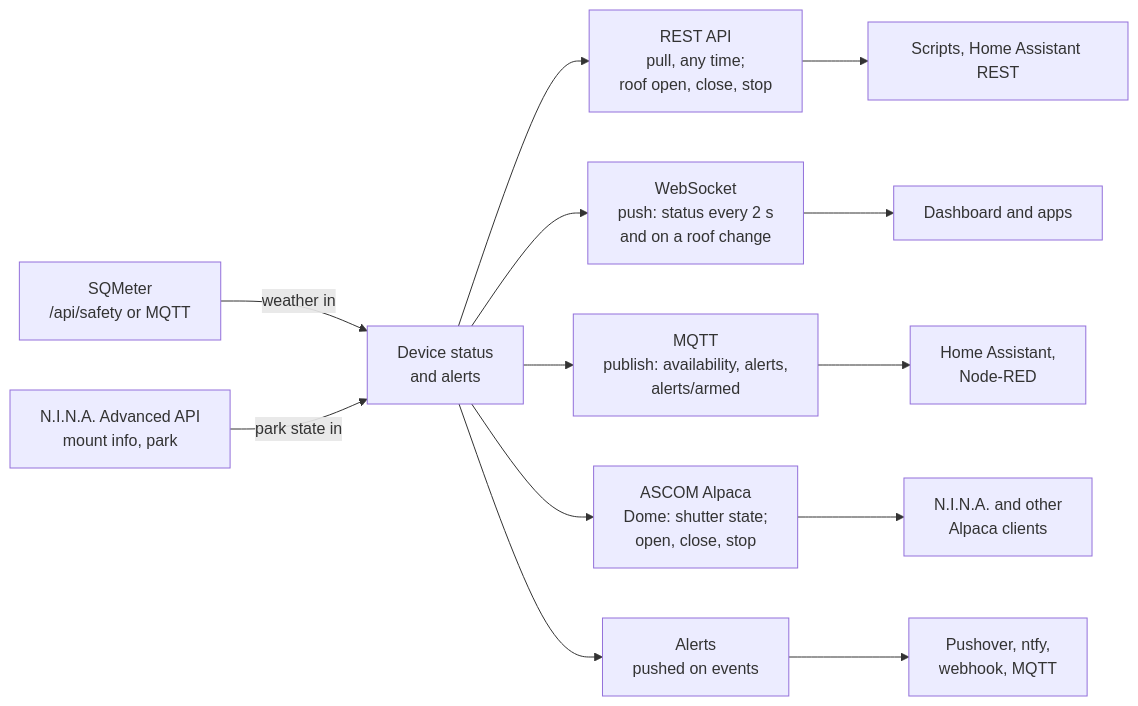
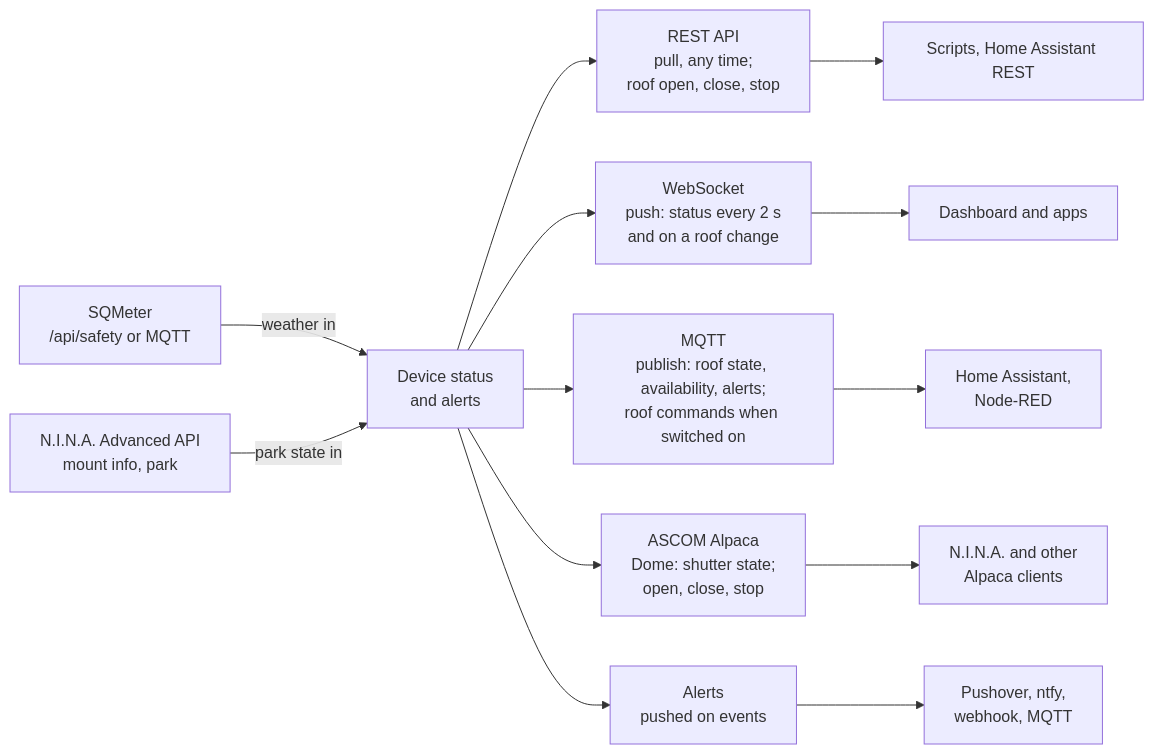
The diagram in docs/api/integrations.md (DeanJ87/RoofRoof), drawn with Mermaid before and after one commit. The commit also changed other lines of this file and 26 other files, not shown here.

Commit message:
008: docs, registries, schemas, OpenAPI, flash baseline after the rebase onto 010

````diff
--- a/docs/api/integrations.md
+++ b/docs/api/integrations.md
@@ -18,18 +18,18 @@
 ```mermaid
 flowchart LR
     accTitle: Integration paths
-    accDescr: The device status feeds four paths. REST is pulled by scripts and can command the roof; WebSocket pushes the status live to the dashboard and apps; MQTT publishes availability and alerts to a broker for Home Assistant; Alpaca serves the roof as a Dome that N.I.N.A. and other clients can open, close and stop; alerts are pushed to phones and services. Inbound, the device reads SQMeter's weather verdict and N.I.N.A.'s mount state.
+    accDescr: The device status feeds four paths. REST is pulled by scripts and can command the roof; WebSocket pushes the status live to the dashboard and apps; MQTT publishes the roof's state, availability and alerts to a broker for Home Assistant and, when switched on, takes its open, close and stop commands; Alpaca serves the roof as a Dome that N.I.N.A. and other clients can open, close and stop; alerts are pushed to phones and services. Inbound, the device reads SQMeter's weather verdict and N.I.N.A.'s mount state.
     DATA["Device status<br/>and alerts"]
     DATA --> REST["REST API<br/>pull, any time;<br/>roof open, close, stop"]
     DATA --> WS["WebSocket<br/>push: status every 2 s<br/>and on a roof change"]
-    DATA --> MQTT["MQTT<br/>publish: availability, alerts,<br/>alerts/armed"]
+    DATA --> MQTT["MQTT<br/>publish: roof state, availability, alerts;<br/>roof commands when switched on"]
     DATA --> ALPACA["ASCOM Alpaca<br/>Dome: shutter state;<br/>open, close, stop"]
     DATA --> ALERTS["Alerts<br/>pushed on events"]
     REST --> SCRIPTS["Scripts, Home Assistant REST"]
     WS --> UI["Dashboard and apps"]
     MQTT --> HA["Home Assistant,<br/>Node-RED"]
     ALPACA --> NINA["N.I.N.A. and other<br/>Alpaca clients"]
     ALERTS --> PHONES["Pushover, ntfy,<br/>webhook, MQTT"]
     SQM["SQMeter<br/>/api/safety or MQTT"] -->|weather in| DATA
     NAPI["N.I.N.A. Advanced API<br/>mount info, park"] -->|park state in| DATA
 ```
````
